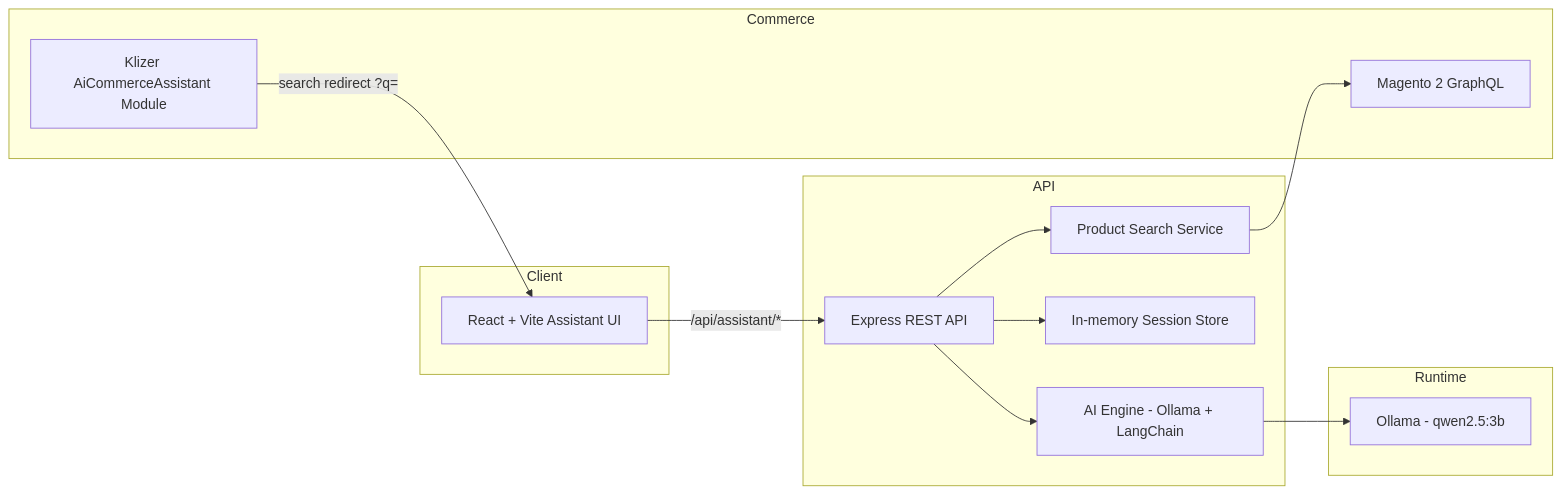
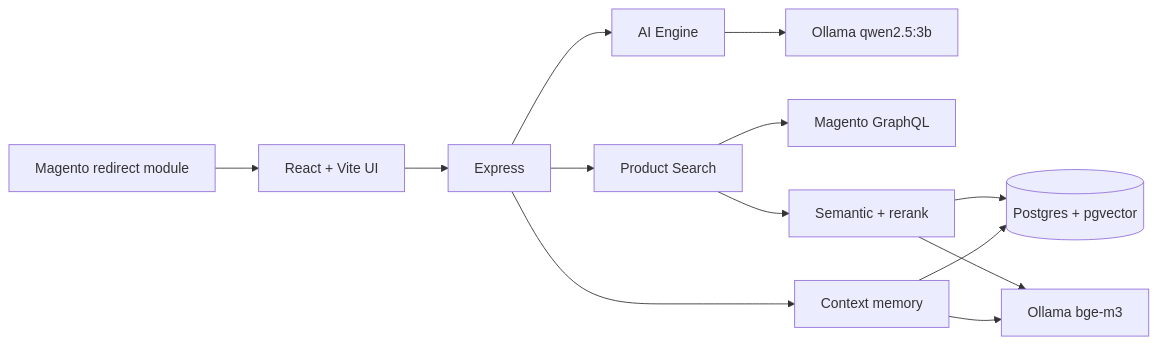
The second of 4 diagrams in HACKATHON_DOCUMENTATION.md (sharathkvdckap/AI-Commerce-Assistant-Server), drawn with Mermaid before and after one commit. The commit also changed other lines of this file and 17 other files, not shown here.

Commit message:
semantic enabled and domain in engine.ts updated

````diff
--- a/HACKATHON_DOCUMENTATION.md
+++ b/HACKATHON_DOCUMENTATION.md
@@ -194,26 +94,15 @@
 ```mermaid
 flowchart LR
-  subgraph Client
-    UI[React + Vite Assistant UI]
-  end
-  subgraph API
-    EX[Express REST API]
-    AI[AI Engine - Ollama + LangChain]
-    SS[In-memory Session Store]
-    PS[Product Search Service]
-  end
-  subgraph Commerce
-    MG[Magento 2 GraphQL]
-    MOD[Klizer AiCommerceAssistant Module]
-  end
-  subgraph Runtime
-    OL[Ollama - qwen2.5:3b]
-  end
-  MOD -->|search redirect ?q=| UI
-  UI -->|/api/assistant/*| EX
-  EX --> AI
-  EX --> SS
-  AI --> OL
-  EX --> PS
-  PS --> MG
+  UI[React + Vite UI] --> API[Express]
+  MOD[Magento redirect module] --> UI
+  API --> AI[AI Engine]
+  API --> PS[Product Search]
+  AI --> OL[Ollama qwen2.5:3b]
+  PS --> MG[Magento GraphQL]
+  PS --> SEM[Semantic + rerank]
+  SEM --> PG[(Postgres + pgvector)]
+  SEM --> EMB[Ollama bge-m3]
+  API --> CTX[Context memory]
+  CTX --> PG
+  CTX --> EMB
 ```
````
